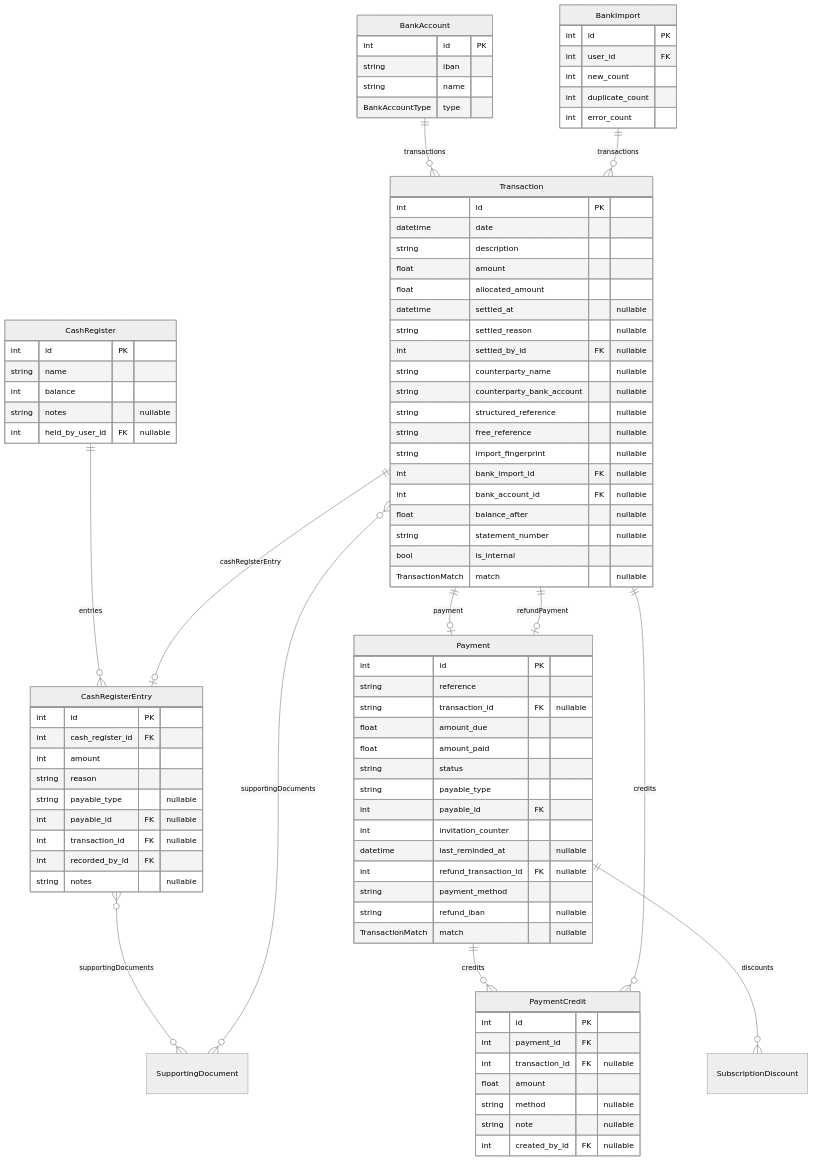
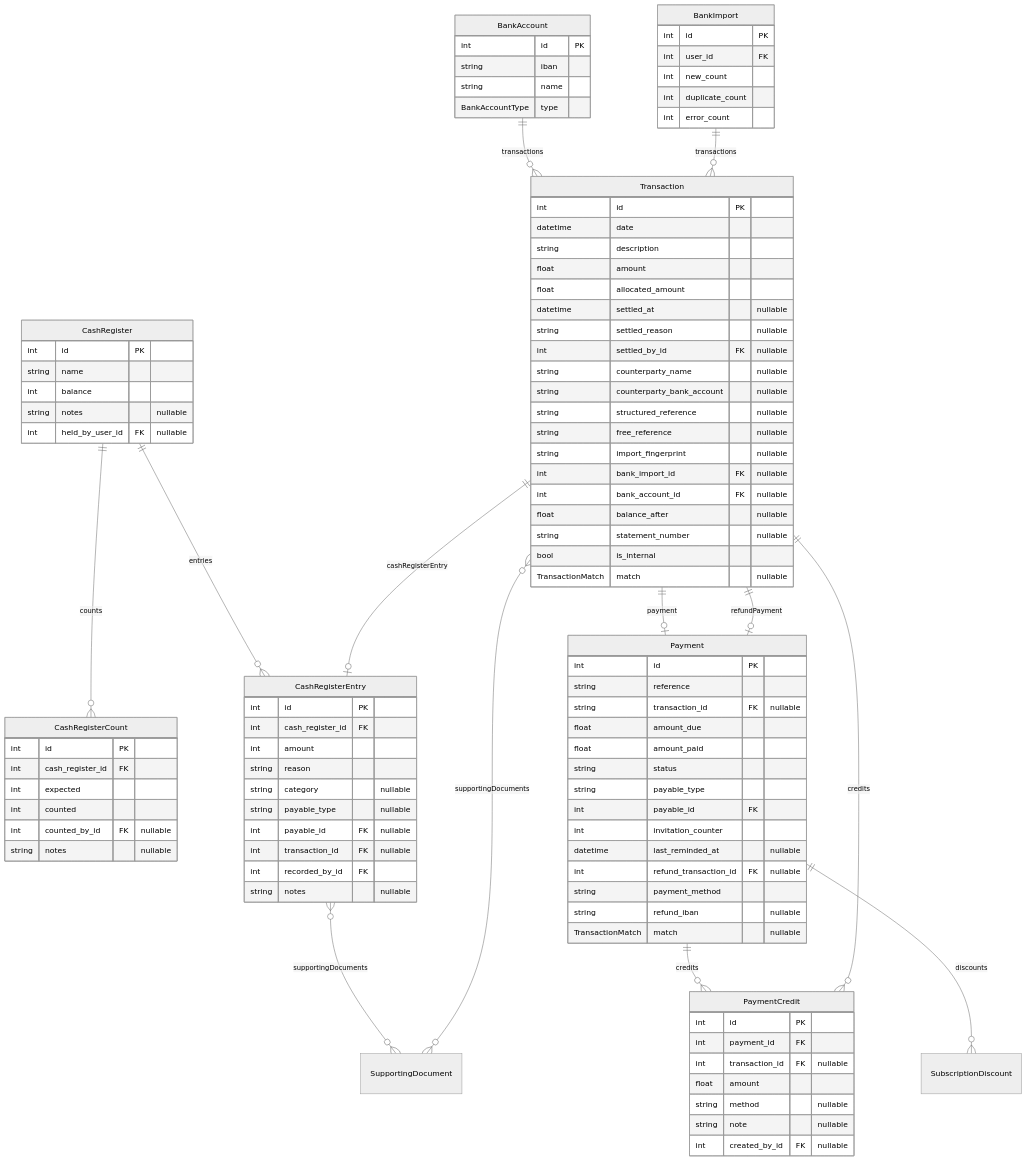
One commit to Paupoo/tabletennisclub-app changed the diagram in docs/erd/clubadmin-payment.md. Above: the diagram before and after it, drawn with Mermaid (neutral theme). The commit also changed 8 other files, not shown here.

```diff
--- a/docs/erd/clubadmin-payment.md
+++ b/docs/erd/clubadmin-payment.md
@@ -22,11 +22,20 @@
         string notes "nullable"
         int held_by_user_id FK "nullable"
     }
+    CashRegisterCount {
+        int id PK
+        int cash_register_id FK
+        int expected
+        int counted
+        int counted_by_id FK "nullable"
+        string notes "nullable"
+    }
     CashRegisterEntry {
         int id PK
         int cash_register_id FK
         int amount
         string reason
+        string category "nullable"
         string payable_type "nullable"
         int payable_id FK "nullable"
         int transaction_id FK "nullable"
@@ -82,6 +91,7 @@
 
     BankAccount ||--o{ Transaction : "transactions"
     BankImport ||--o{ Transaction : "transactions"
+    CashRegister ||--o{ CashRegisterCount : "counts"
     CashRegister ||--o{ CashRegisterEntry : "entries"
     CashRegisterEntry }o--o{ SupportingDocument : "supportingDocuments"
     Payment ||--o{ PaymentCredit : "credits"
```
